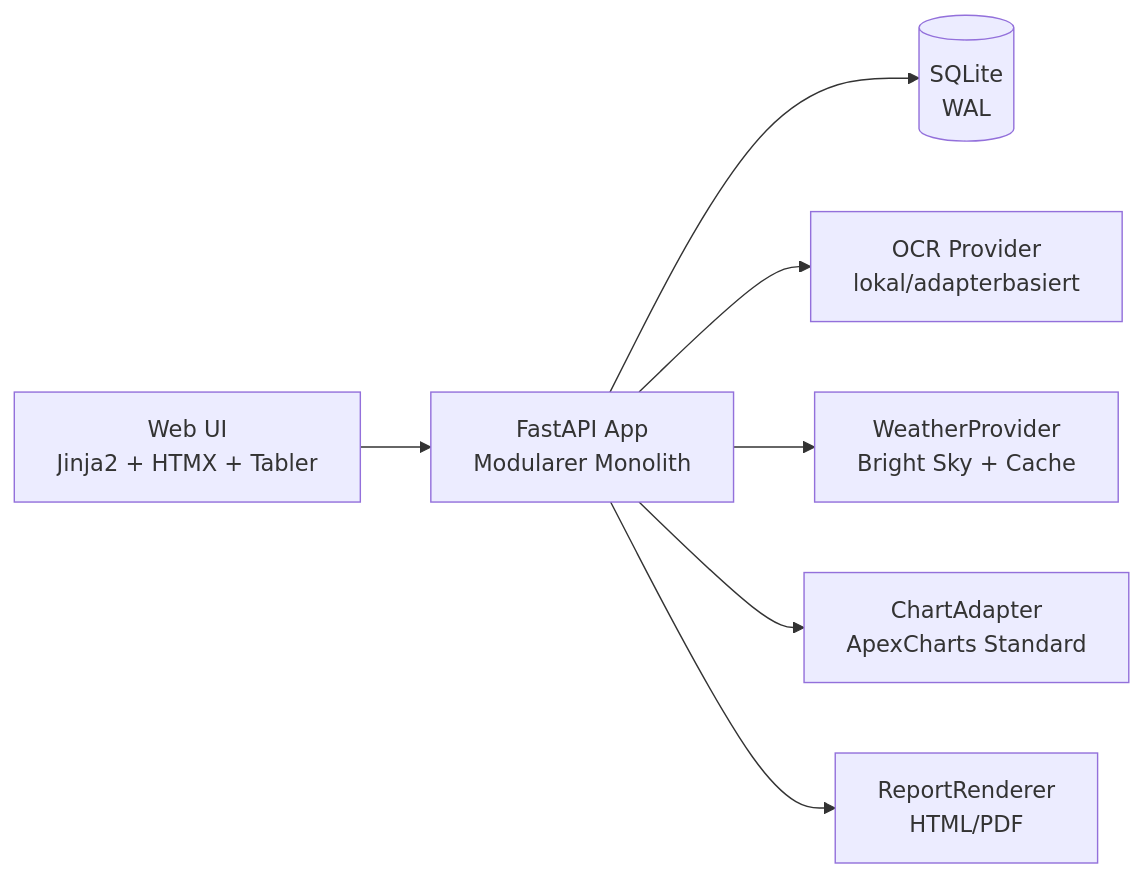
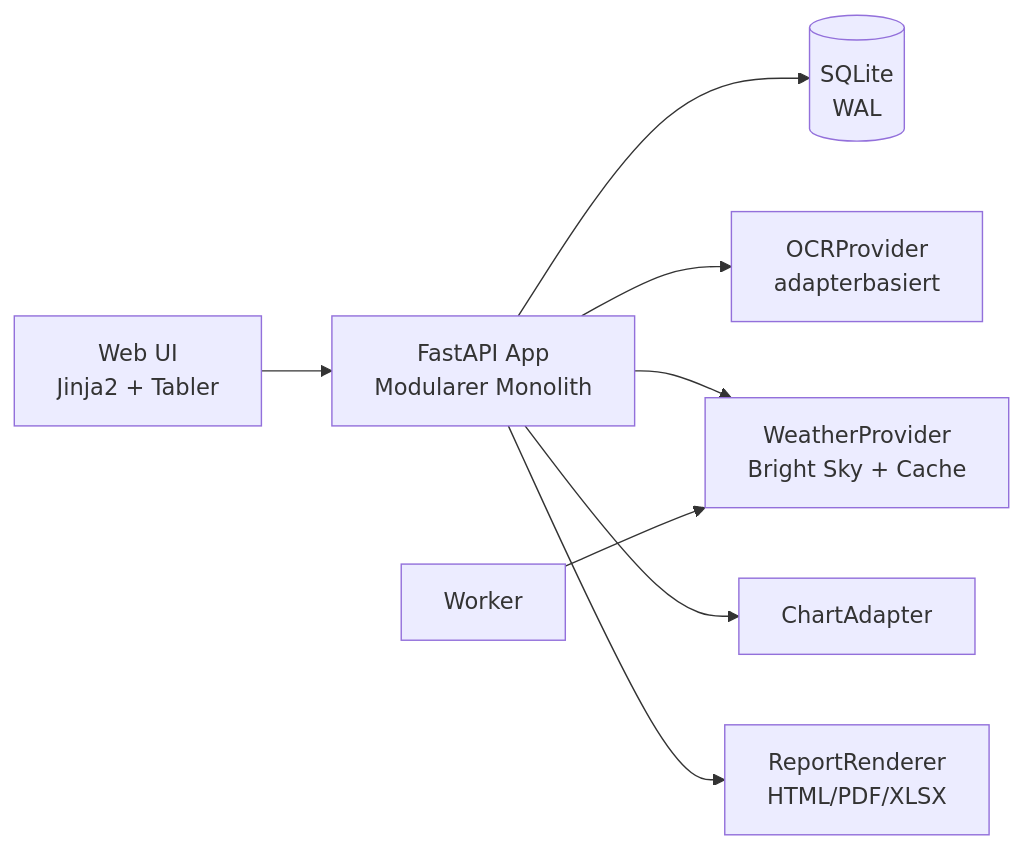
One commit to niscz/meterweb changed the diagram in README.md. Above: the diagram before and after it, drawn with Mermaid. The commit also changed other lines of this file, not shown here.

````diff
--- a/README.md
+++ b/README.md
@@ -31,9 +33,10 @@
 ```mermaid
 flowchart LR
-    A[Web UI<br/>Jinja2 + HTMX + Tabler] --> B[FastAPI App<br/>Modularer Monolith]
+    A[Web UI<br/>Jinja2 + Tabler] --> B[FastAPI App<br/>Modularer Monolith]
     B --> C[(SQLite<br/>WAL)]
-    B --> D[OCR Provider<br/>lokal/adapterbasiert]
+    B --> D[OCRProvider<br/>adapterbasiert]
     B --> E[WeatherProvider<br/>Bright Sky + Cache]
-    B --> F[ChartAdapter<br/>ApexCharts Standard]
-    B --> G[ReportRenderer<br/>HTML/PDF]
+    B --> F[ChartAdapter]
+    B --> G[ReportRenderer<br/>HTML/PDF/XLSX]
+    H[Worker] --> E
 ```
````
